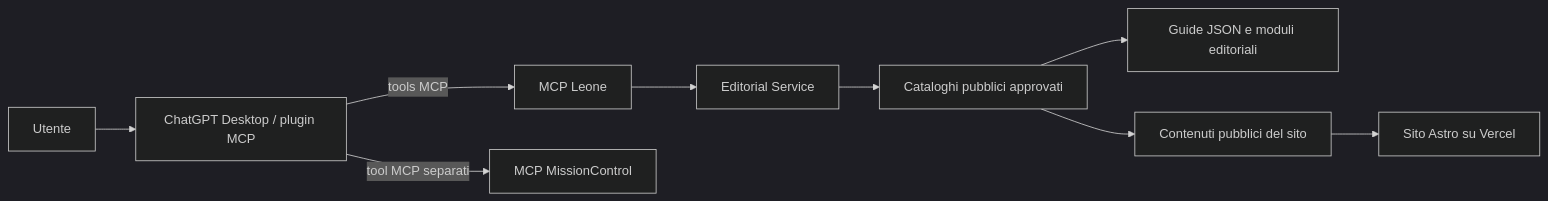
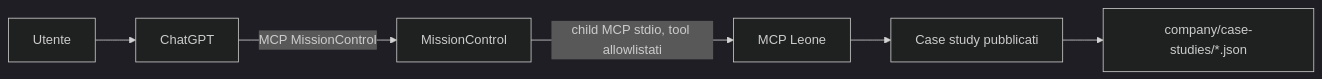
The diagram in docs/mcp/architecture.md (leoneconsultingch/leoneconsulting.dev), drawn with Mermaid (dark theme) before and after one commit. The commit also changed other lines of this file and 11 other files, not shown here.

First line of the commit message:
feat(mcp): add Leone public portfolio server

````diff
--- a/docs/mcp/architecture.md
+++ b/docs/mcp/architecture.md
@@ -15,11 +8,8 @@
 ```mermaid
 flowchart LR
-    U[Utente] --> H[ChatGPT Desktop / plugin MCP]
-    H -->|tools MCP| L[MCP Leone]
-    H -->|tool MCP separati| M[MCP MissionControl]
-    L --> S[Editorial Service]
-    S --> C[Cataloghi pubblici approvati]
-    C --> G[Guide JSON e moduli editoriali]
-    C --> W[Contenuti pubblici del sito]
-    W --> V[Sito Astro su Vercel]
+    U[Utente] --> G[ChatGPT]
+    G -->|MCP MissionControl| MC[MissionControl]
+    MC -->|child MCP stdio, tool allowlistati| L[MCP Leone]
+    L --> C[Case study pubblicati]
+    C --> R[company/case-studies/*.json]
 ```
````
